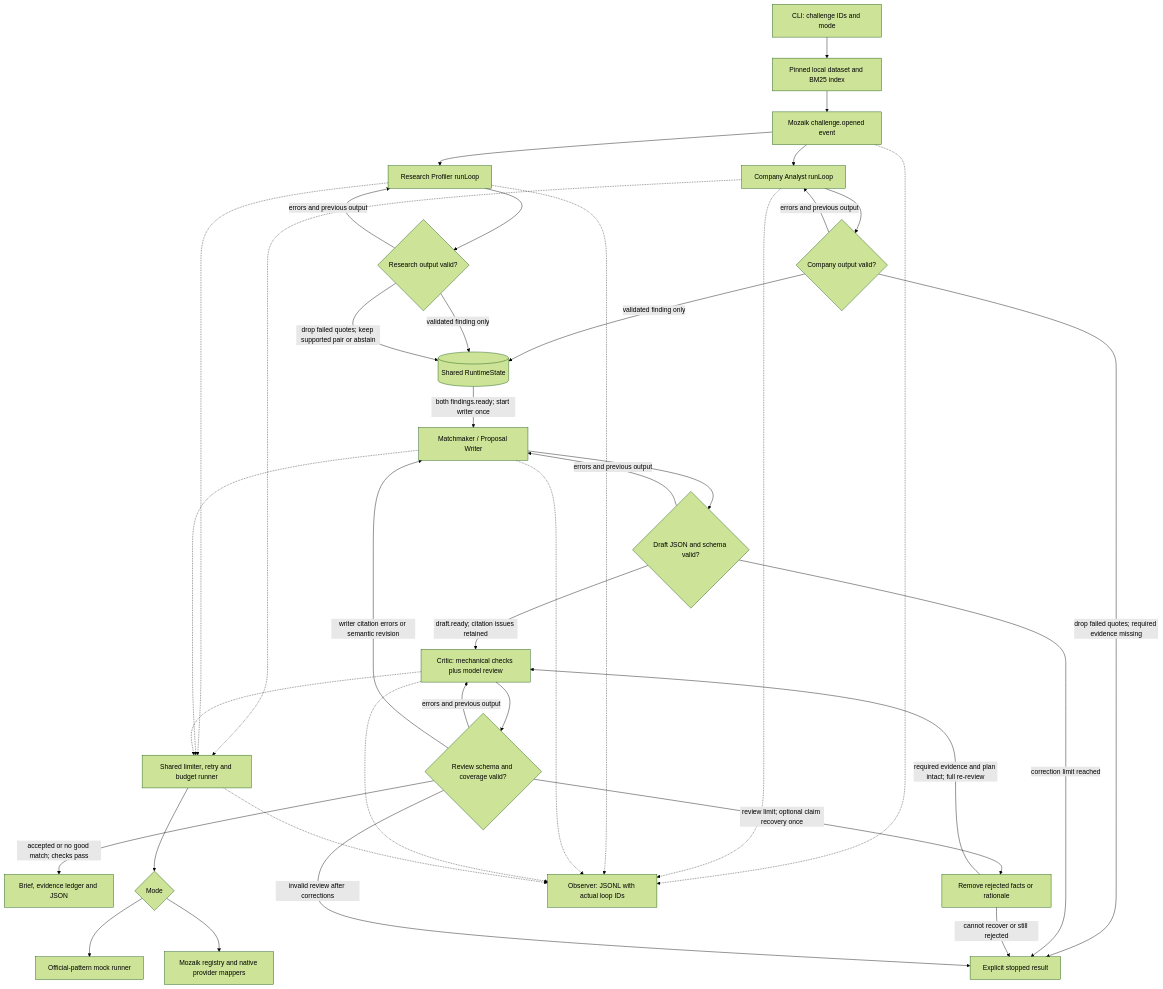
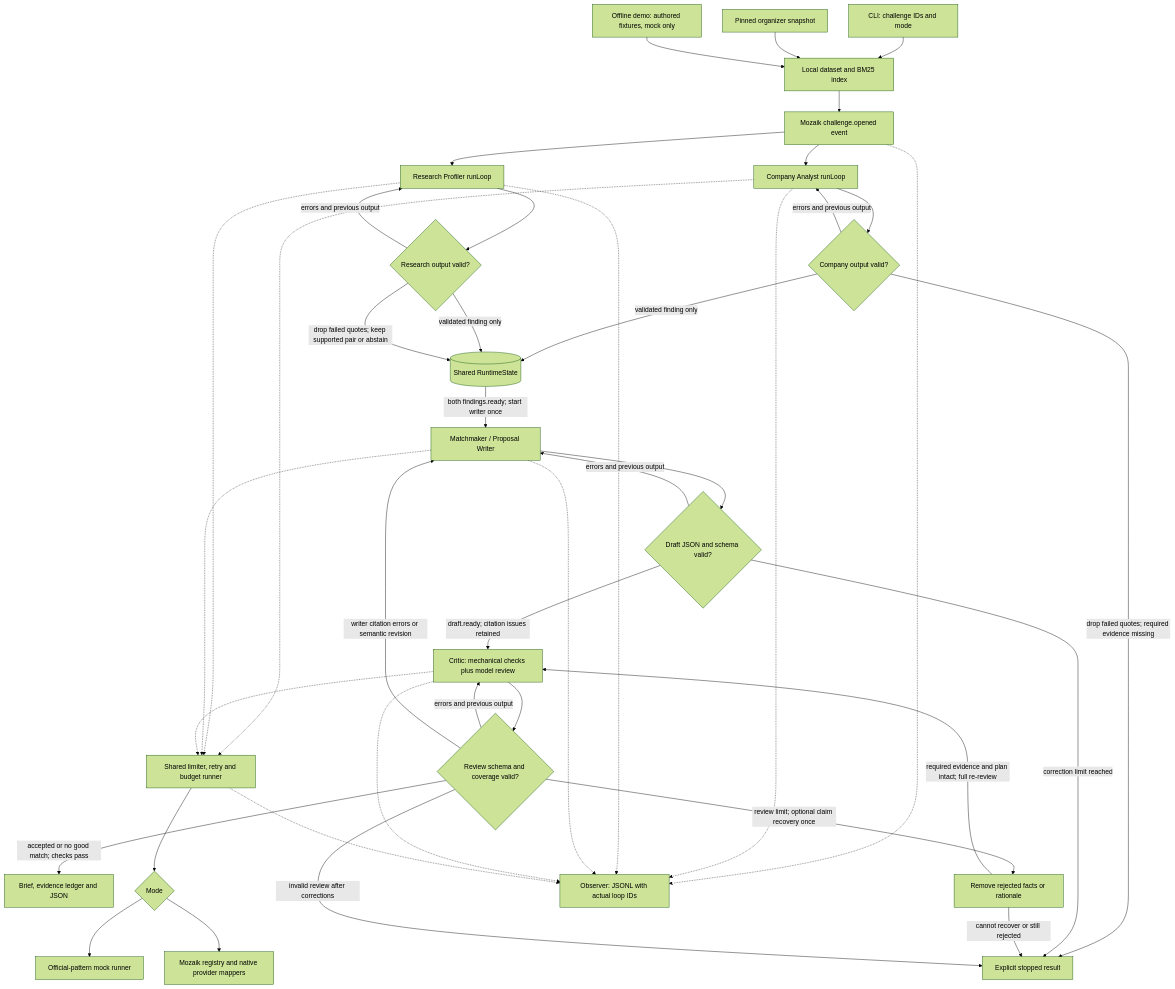
One commit to Driedsandwich/evidence-to-pilot changed the diagram in docs/architecture.mmd. Above: the diagram before and after it, drawn with Mermaid (forest theme). The commit also changed 14 other files, not shown here.

```diff
--- a/docs/architecture.mmd
+++ b/docs/architecture.mmd
@@ -1,39 +1,41 @@
 flowchart TD
-    CLI[CLI: challenge IDs and mode] --> DATA[Pinned local dataset and BM25 index]
+    CLI[CLI: challenge IDs and mode] --> DATA[Local dataset and BM25 index]
+    SNAPSHOT[Pinned organizer snapshot] --> DATA
+    DEMO[Offline demo: authored fixtures, mock only] --> DATA
     DATA --> OPEN[Mozaik challenge.opened event]
     OPEN --> A[Company Analyst runLoop]
     OPEN --> B[Research Profiler runLoop]
     A --> AV{Company output valid?}
     AV -->|errors and previous output| A
     B --> BV{Research output valid?}
     BV -->|errors and previous output| B
     AV -->|validated finding only| STATE[(Shared RuntimeState)]
     BV -->|validated finding only| STATE
     STATE -->|both findings.ready; start writer once| W[Matchmaker / Proposal Writer]
     W --> WV{Draft JSON and schema valid?}
     WV -->|errors and previous output| W
     WV -->|draft.ready; citation issues retained| C[Critic: mechanical checks plus model review]
     C --> CV{Review schema and coverage valid?}
     CV -->|errors and previous output| C
     CV -->|writer citation errors or semantic revision| W
     CV -->|accepted or no good match; checks pass| OUT[Brief, evidence ledger and JSON]
     AV -->|drop failed quotes; required evidence missing| STOP[Explicit stopped result]
     BV -->|drop failed quotes; keep supported pair or abstain| STATE
     WV -->|correction limit reached| STOP
     CV -->|review limit; optional claim recovery once| DROP[Remove rejected facts or rationale]
     DROP -->|required evidence and plan intact; full re-review| C
     DROP -->|cannot recover or still rejected| STOP
     CV -->|invalid review after corrections| STOP
     A -.-> R[Shared limiter, retry and budget runner]
     B -.-> R
     W -.-> R
     C -.-> R
     R --> MODE{Mode}
     MODE --> MOCK[Official-pattern mock runner]
     MODE --> LIVE[Mozaik registry and native provider mappers]
     OPEN -.-> TRACE[Observer: JSONL with actual loop IDs]
     A -.-> TRACE
     B -.-> TRACE
     W -.-> TRACE
     C -.-> TRACE
     R -.-> TRACE
```
